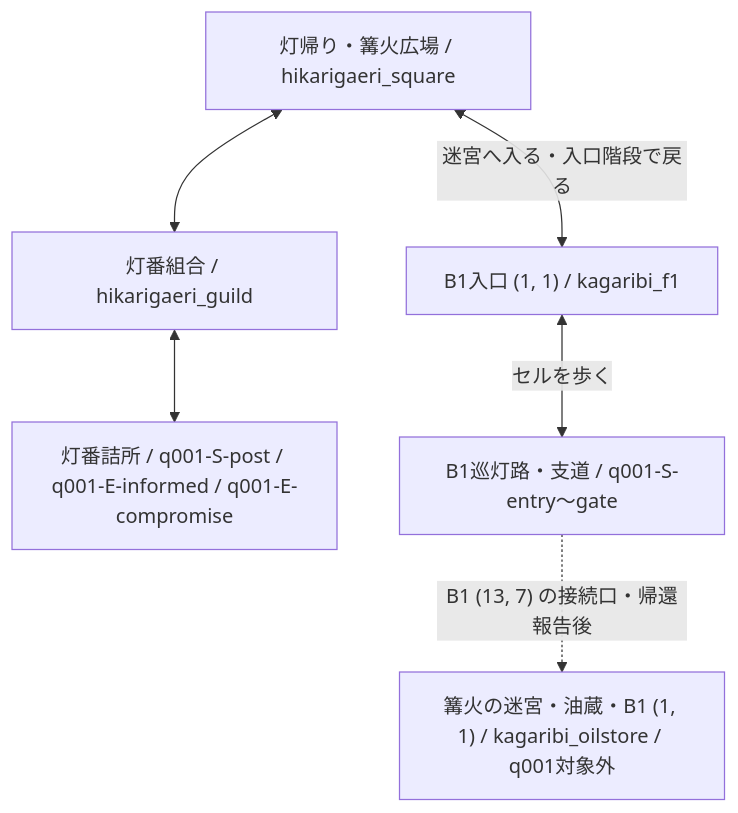
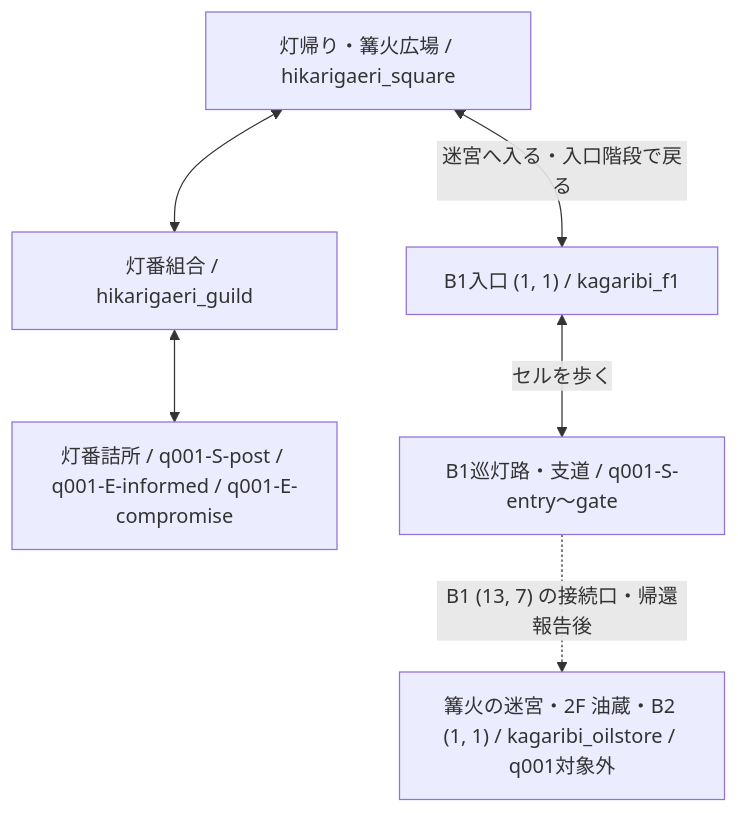
The diagram in doc/scenarios/quests/QUEST_Q001.md (TomTomYoung/adv), drawn with Mermaid before and after one commit. The commit also changed other lines of this file and 106 other files, not shown here.

````diff
--- a/doc/scenarios/quests/QUEST_Q001.md
+++ b/doc/scenarios/quests/QUEST_Q001.md
@@ -39,14 +39,14 @@
 ```mermaid
 flowchart TD
   square["灯帰り・篝火広場 / hikarigaeri_square"]
   guild["灯番組合 / hikarigaeri_guild"]
   post["灯番詰所 / q001-S-post / q001-E-informed / q001-E-compromise"]
   entrance["B1入口 (1, 1) / kagaribi_f1"]
   route["B1巡灯路・支道 / q001-S-entry〜gate"]
-  deeper["篝火の迷宮・油蔵・B1 (1, 1) / kagaribi_oilstore / q001対象外"]
+  deeper["篝火の迷宮・2F 油蔵・B2 (1, 1) / kagaribi_oilstore / q001対象外"]
   square <--> guild
   guild <--> post
   square <-->|迷宮へ入る・入口階段で戻る| entrance
   entrance <-->|セルを歩く| route
   route -.->|"B1 (13, 7) の接続口・帰還報告後"| deeper
 ```
````
